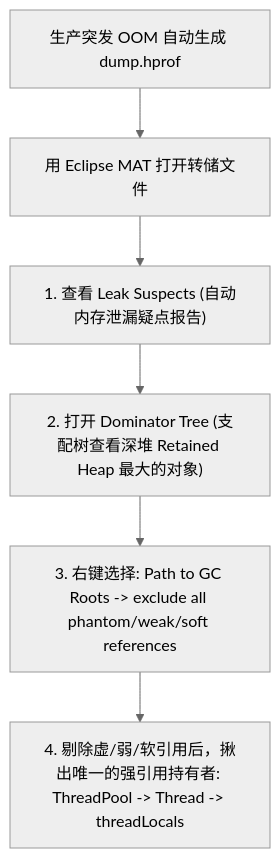
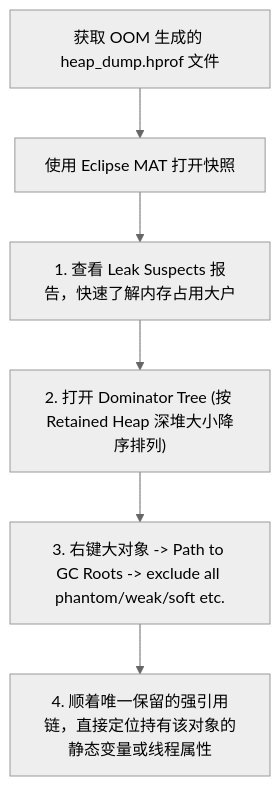
Before and after one commit to GuoWWWX/knowledge-base: the second of 3 diagrams in 20-Java后端/09-项目实战/05-项目-JVM故障排查演练.md, drawn with Mermaid (neutral theme). The commit also changed other lines of this file and 251 other files, not shown here.

````diff
--- a/20-Java后端/09-项目实战/05-项目-JVM故障排查演练.md
+++ b/20-Java后端/09-项目实战/05-项目-JVM故障排查演练.md
@@ -144,8 +154,8 @@
 ```mermaid
 flowchart TD
-    OOM["生产突发 OOM 自动生成 dump.hprof"] --> MAT["用 Eclipse MAT 打开转储文件"]
-    MAT --> LeakSuspects["1. 查看 Leak Suspects (自动内存泄漏疑点报告)"]
-    LeakSuspects --> DominatorTree["2. 打开 Dominator Tree (支配树查看深堆 Retained Heap 最大的对象)"]
-    DominatorTree --> PathToGC["3. 右键选择: Path to GC Roots -> exclude all phantom/weak/soft references"]
-    PathToGC --> Culprit["4. 剔除虚/弱/软引用后，揪出唯一的强引用持有者: ThreadPool -> Thread -> threadLocals"]
+    OOM["获取 OOM 生成的 heap_dump.hprof 文件"] --> MAT["使用 Eclipse MAT 打开快照"]
+    MAT --> LeakSuspects["1. 查看 Leak Suspects 报告，快速了解内存占用大户"]
+    LeakSuspects --> DominatorTree["2. 打开 Dominator Tree (按 Retained Heap 深堆大小降序排列)"]
+    DominatorTree --> PathToGC["3. 右键大对象 -> Path to GC Roots -> exclude all phantom/weak/soft etc."]
+    PathToGC --> Culprit["4. 顺着唯一保留的强引用链，直接定位持有该对象的静态变量或线程属性"]
 ```
````
